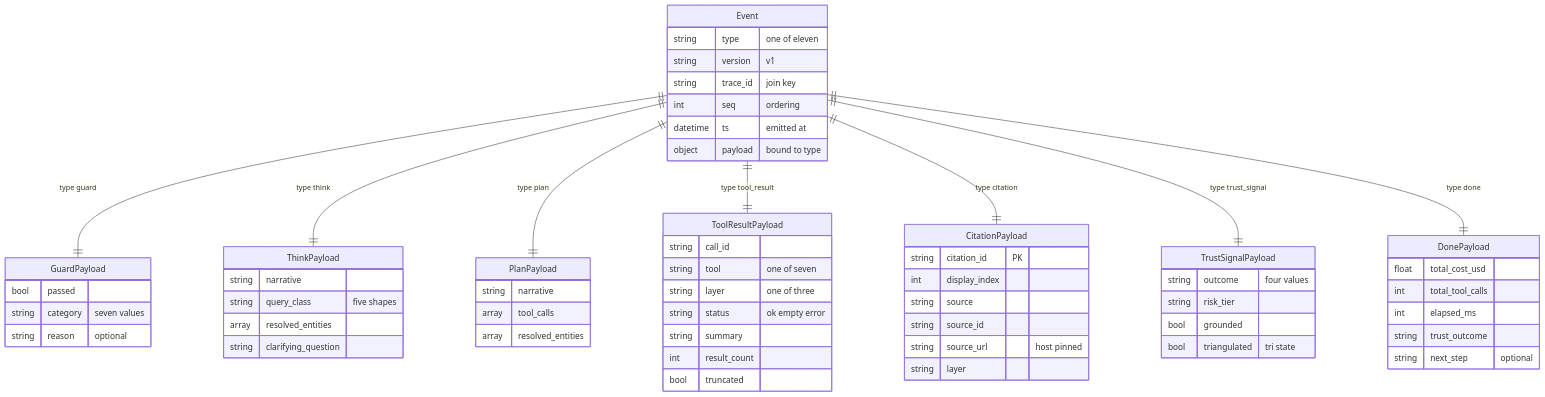
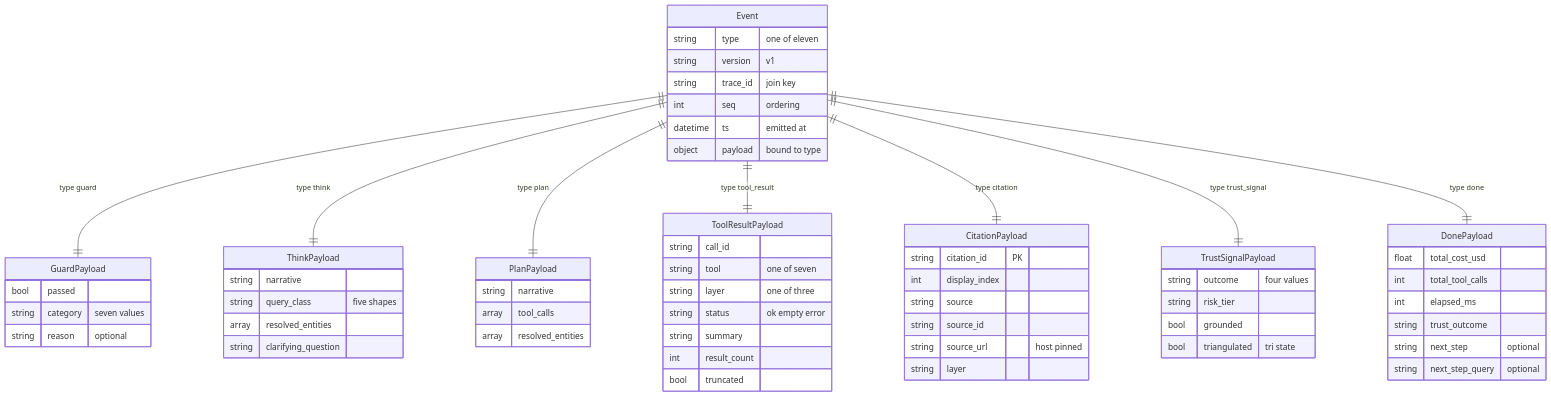
The second of 3 diagrams in visualizations/Schema_visualization.md (monideep2255/agentic-search-ui), drawn with Mermaid before and after one commit. The commit also changed other lines of this file and 21 other files, not shown here.

````diff
--- a/visualizations/Schema_visualization.md
+++ b/visualizations/Schema_visualization.md
@@ -139,65 +139,66 @@
 ```mermaid
 erDiagram
     Event {
         string type "one of eleven"
         string version "v1"
         string trace_id "join key"
         int seq "ordering"
         datetime ts "emitted at"
         object payload "bound to type"
     }
     GuardPayload {
         bool passed
         string category "seven values"
         string reason "optional"
     }
     ThinkPayload {
         string narrative
         string query_class "five shapes"
         array resolved_entities
         string clarifying_question
     }
     PlanPayload {
         string narrative
         array tool_calls
         array resolved_entities
     }
     ToolResultPayload {
         string call_id
         string tool "one of seven"
         string layer "one of three"
         string status "ok empty error"
         string summary
         int result_count
         bool truncated
     }
     CitationPayload {
         string citation_id PK
         int display_index
         string source
         string source_id
         string source_url "host pinned"
         string layer
     }
     TrustSignalPayload {
         string outcome "four values"
         string risk_tier
         bool grounded
         bool triangulated "tri state"
     }
     DonePayload {
         float total_cost_usd
         int total_tool_calls
         int elapsed_ms
         string trust_outcome
         string next_step "optional"
+        string next_step_query "optional"
     }
 
     Event ||--|| GuardPayload : "type guard"
     Event ||--|| ThinkPayload : "type think"
     Event ||--|| PlanPayload : "type plan"
     Event ||--|| ToolResultPayload : "type tool_result"
     Event ||--|| CitationPayload : "type citation"
     Event ||--|| TrustSignalPayload : "type trust_signal"
     Event ||--|| DonePayload : "type done"
 ```
````
